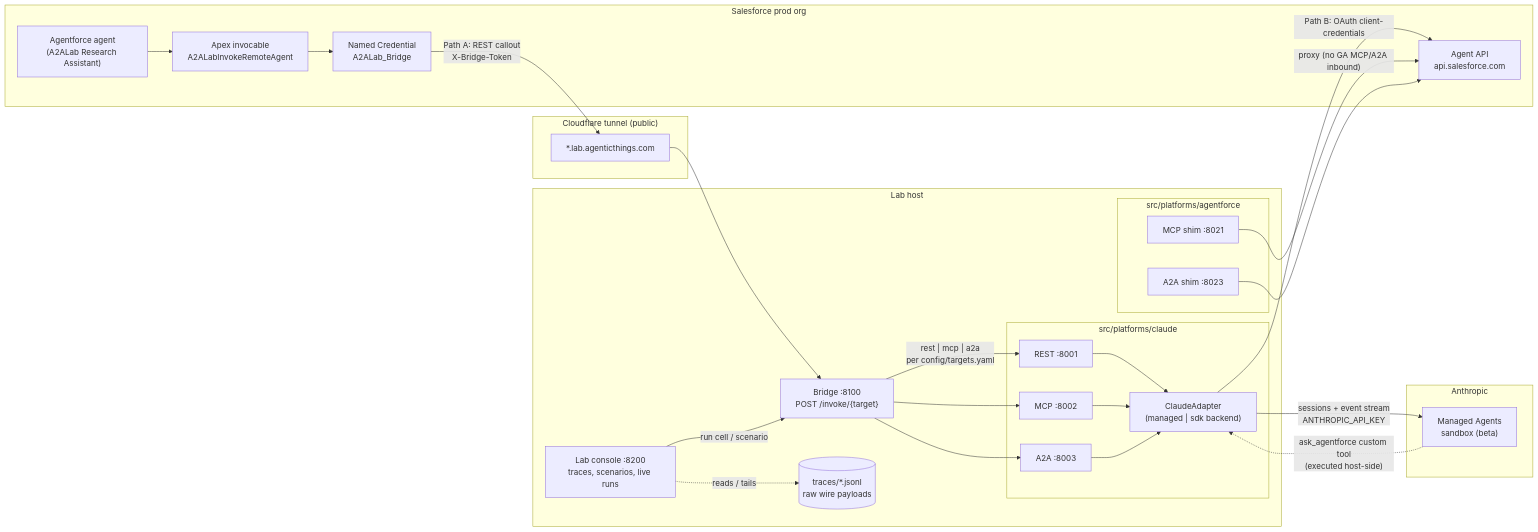
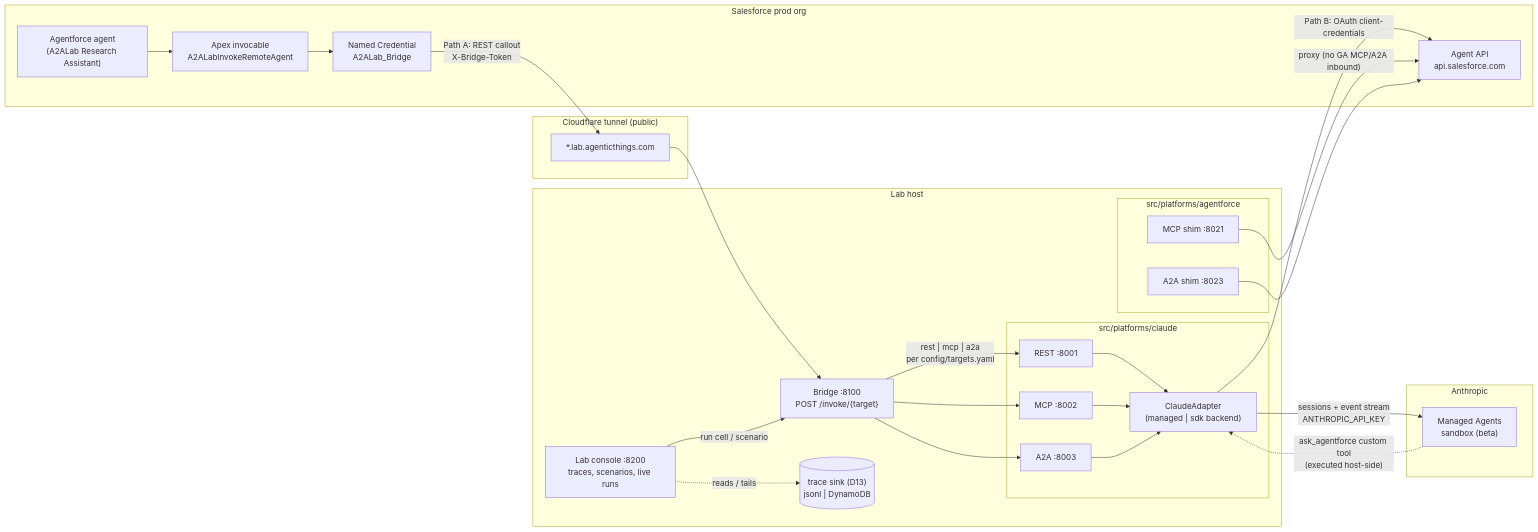
The diagram in README.md (congmingwudi/a2a-lab), drawn with Mermaid before and after one commit. The commit also changed other lines of this file and 2 other files, not shown here.

````diff
--- a/README.md
+++ b/README.md
@@ -23,49 +37,49 @@
 ```mermaid
 flowchart LR
     subgraph sforg["Salesforce prod org"]
         AF["Agentforce agent<br/>(A2ALab Research Assistant)"]
         APEX["Apex invocable<br/>A2ALabInvokeRemoteAgent"]
         NC["Named Credential<br/>A2ALab_Bridge"]
         AGENTAPI["Agent API<br/>api.salesforce.com"]
         AF --> APEX --> NC
     end
 
     subgraph edge["Cloudflare tunnel (public)"]
         TUN["*.lab.agenticthings.com"]
     end
 
     subgraph lab["Lab host"]
         CONSOLE["Lab console :8200<br/>traces, scenarios, live runs"]
         BR["Bridge :8100<br/>POST /invoke/{target}"]
         subgraph claude["src/platforms/claude"]
             REST["REST :8001"]
             MCP["MCP :8002"]
             A2A["A2A :8003"]
             ADAPTER["ClaudeAdapter<br/>(managed | sdk backend)"]
             REST --> ADAPTER
             MCP --> ADAPTER
             A2A --> ADAPTER
         end
         subgraph shims["src/platforms/agentforce"]
             SHIMM["MCP shim :8021"]
             SHIMA["A2A shim :8023"]
         end
-        TRACES[("traces/*.jsonl<br/>raw wire payloads")]
+        TRACES[("trace sink (D13)<br/>jsonl | DynamoDB")]
         CONSOLE -.reads / tails.-> TRACES
     end
 
     subgraph anthropic["Anthropic"]
         CMA["Managed Agents<br/>sandbox (beta)"]
     end
 
     NC -- "Path A: REST callout<br/>X-Bridge-Token" --> TUN --> BR
     BR -- "rest | mcp | a2a<br/>per config/targets.yaml" --> REST
     BR --> MCP
     BR --> A2A
     ADAPTER -- "sessions + event stream<br/>ANTHROPIC_API_KEY" --> CMA
     CMA -. "ask_agentforce custom tool<br/>(executed host-side)" .-> ADAPTER
     ADAPTER -- "Path B: OAuth client-credentials" --> AGENTAPI
     SHIMM -- "proxy (no GA MCP/A2A inbound)" --> AGENTAPI
     SHIMA --> AGENTAPI
     CONSOLE -- "run cell / scenario" --> BR
 ```
````
